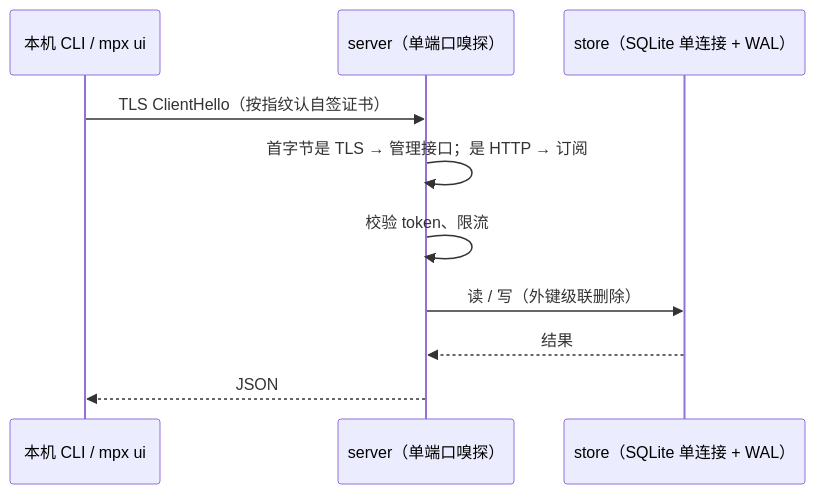
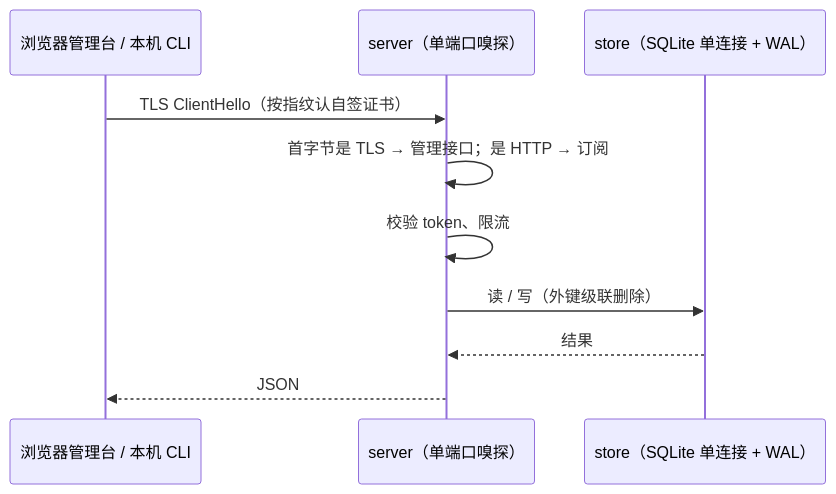
One commit to RovenEverward/my-proxy changed the diagram in docs/atlas/control-plane.md. Above: the diagram before and after it, drawn with Mermaid. The commit also changed other lines of this file and 74 other files, not shown here.

````diff
--- a/docs/atlas/control-plane.md
+++ b/docs/atlas/control-plane.md
@@ -19,12 +19,12 @@
 ```mermaid
 sequenceDiagram
-  participant C as 本机 CLI / mpx ui
+  participant C as 浏览器管理台 / 本机 CLI
   participant S as server（单端口嗅探）
   participant DB as store（SQLite 单连接 + WAL）
   C->>S: TLS ClientHello（按指纹认自签证书）
   S->>S: 首字节是 TLS → 管理接口；是 HTTP → 订阅
   S->>S: 校验 token、限流
   S->>DB: 读 / 写（外键级联删除）
   DB-->>S: 结果
   S-->>C: JSON
 ```
````
